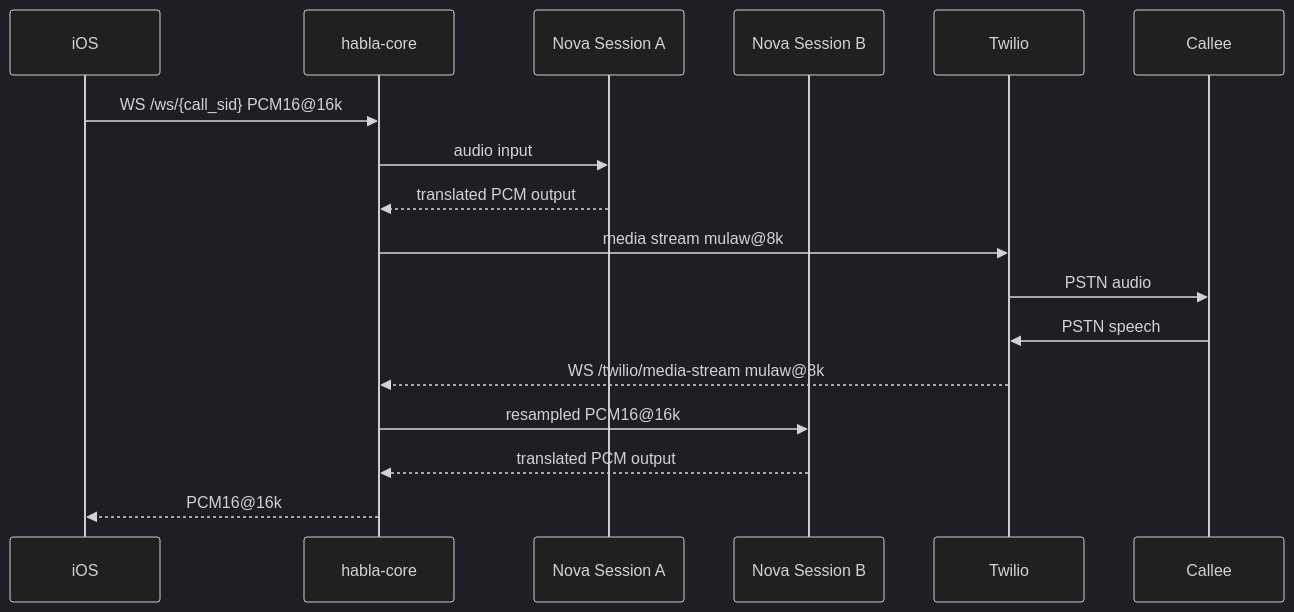
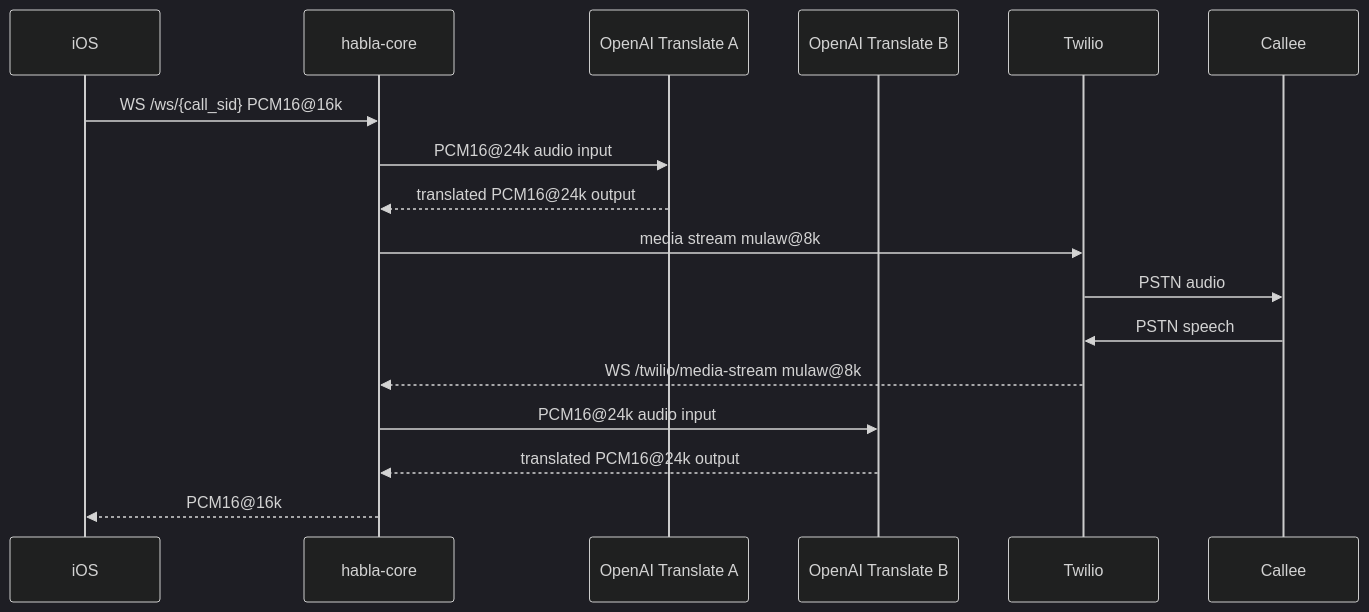
One commit to maximbilan/habla-core changed the second of 3 diagrams in architecture.md. Above: the diagram before and after it, drawn with Mermaid (dark theme). The commit also changed other lines of this file and 17 other files, not shown here.

````diff
--- a/architecture.md
+++ b/architecture.md
@@ -42,21 +42,21 @@
 ```mermaid
 sequenceDiagram
     participant iOS
     participant Core as habla-core
-    participant NovaA as Nova Session A
-    participant NovaB as Nova Session B
+    participant OaiA as OpenAI Translate A
+    participant OaiB as OpenAI Translate B
     participant Twilio
     participant Callee
 
     iOS->>Core: WS /ws/{call_sid} PCM16@16k
-    Core->>NovaA: audio input
-    NovaA-->>Core: translated PCM output
+    Core->>OaiA: PCM16@24k audio input
+    OaiA-->>Core: translated PCM16@24k output
     Core->>Twilio: media stream mulaw@8k
     Twilio->>Callee: PSTN audio
 
     Callee->>Twilio: PSTN speech
     Twilio-->>Core: WS /twilio/media-stream mulaw@8k
-    Core->>NovaB: resampled PCM16@16k
-    NovaB-->>Core: translated PCM output
+    Core->>OaiB: PCM16@24k audio input
+    OaiB-->>Core: translated PCM16@24k output
     Core-->>iOS: PCM16@16k
 ```
````
